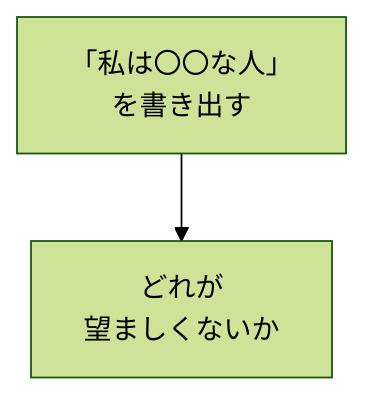
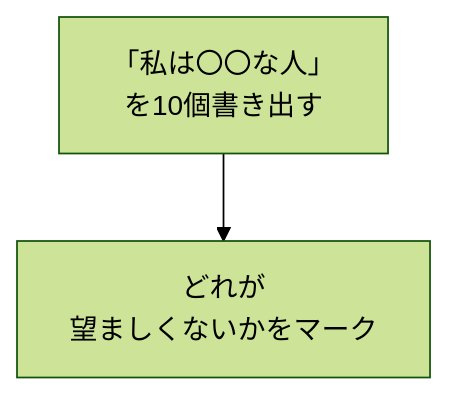
One commit to tndg16-bot/portfolio-site changed the third of 5 diagrams in content/blog/300-self-image-rewriting-reality.md. Above: the diagram before and after it, drawn with Mermaid (forest theme). The commit also changed other lines of this file and 4 other files, not shown here.

````diff
--- a/content/blog/300-self-image-rewriting-reality.md
+++ b/content/blog/300-self-image-rewriting-reality.md
@@ -62,4 +94,4 @@
 ```mermaid
 graph TD
-    A[「私は〇〇な人」<br/>を書き出す] --> B[どれが<br/>望ましくないか]
+    A[「私は〇〇な人」<br/>を10個書き出す] --> B[どれが<br/>望ましくないかをマーク]
 ```
````
